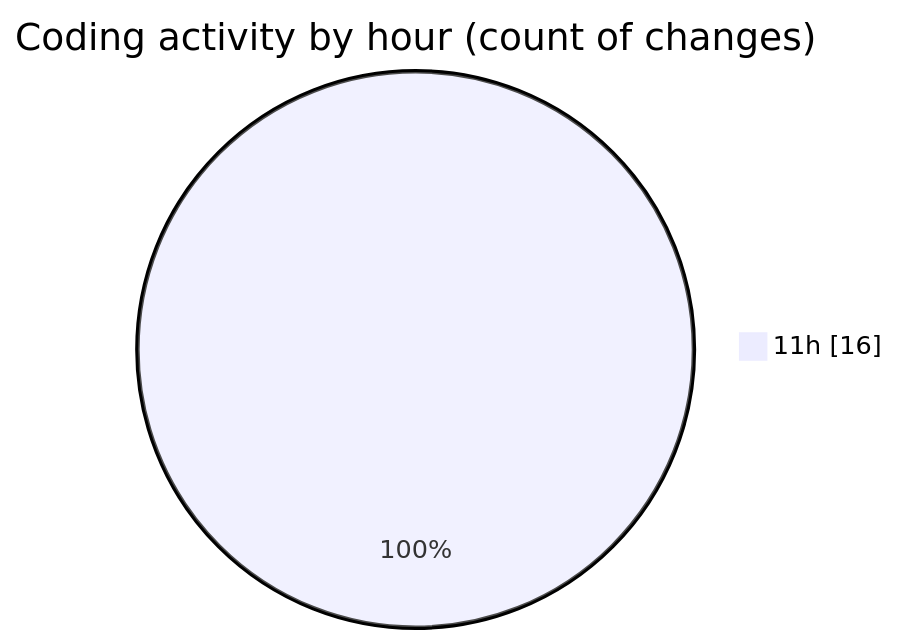
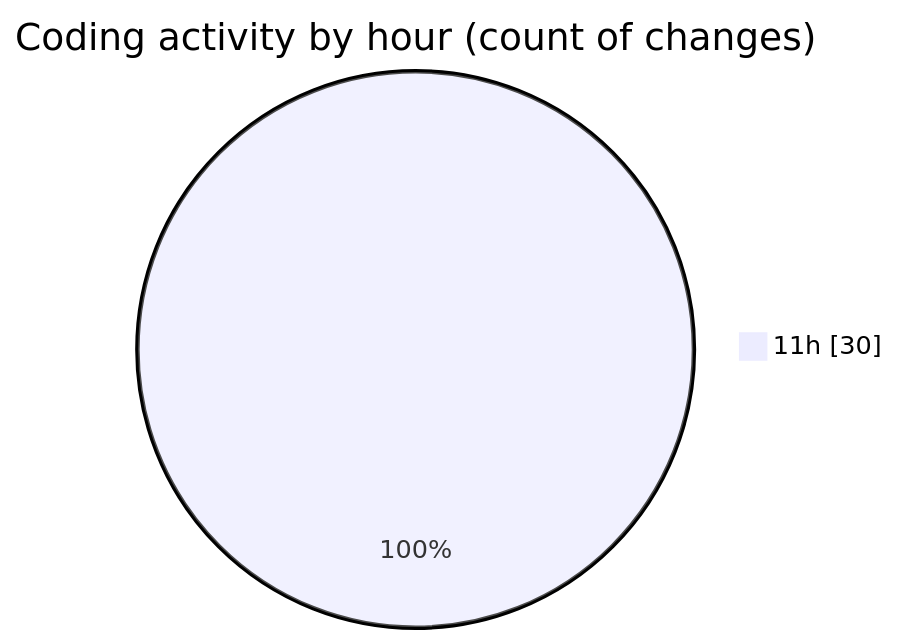
One commit to Ritupan-Deka/code-tracking changed the second of 2 diagrams in 2025-06-22/txtfiles/README.md. Above: the diagram before and after it, drawn with Mermaid. The commit also changed other lines of this file and 1 other file, not shown here.

````diff
--- a/2025-06-22/txtfiles/README.md
+++ b/2025-06-22/txtfiles/README.md
@@ -28,5 +28,5 @@
 ```mermaid
 pie showData
 title Coding activity by hour (count of changes)
-"11h" : 16
+"11h" : 30
 ```
````
